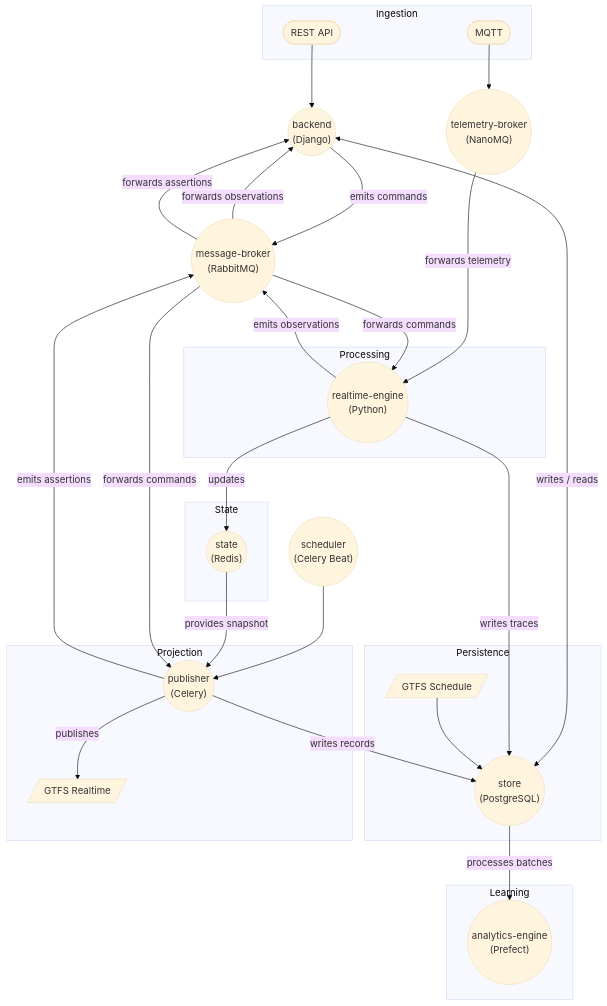
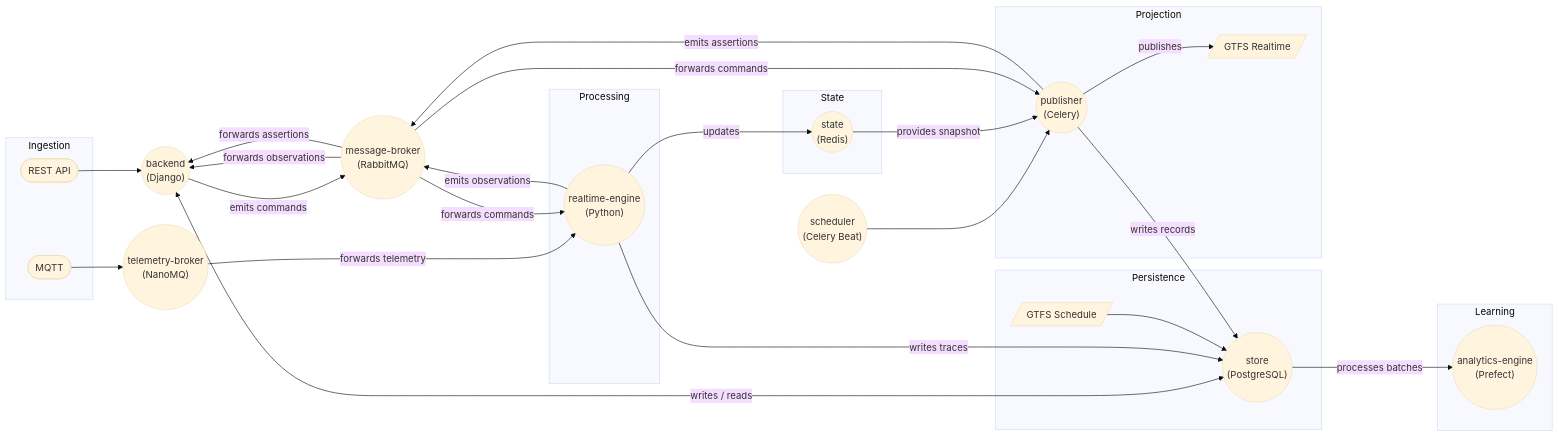
Before and after one commit to simovilab/databus: the first of 2 diagrams in ARCHITECTURE.md, drawn with Mermaid (base theme).

Commit message:
fix: update architecture diagram flow direction from TD to LR

````diff
--- a/ARCHITECTURE.md
+++ b/ARCHITECTURE.md
@@ -33,49 +33,48 @@
 ```mermaid
-flowchart TD
+flowchart LR
     subgraph Ingestion
         api([REST API])
         mqtt([MQTT])
     end
     telemetry-broker(("telemetry-broker<br/>(NanoMQ)"))
     backend(("backend<br/>(Django)"))
     subgraph Processing
         realtime-engine(("realtime-engine<br/>(Python)"))
     end
     message-broker(("message-broker<br/>(RabbitMQ)"))
     subgraph State
         state(("state<br/>(Redis)"))
     end
     subgraph Persistence
         store(("store<br/>(PostgreSQL)"))
         gtfs-s[/GTFS Schedule/]
     end
     scheduler(("scheduler<br/>(Celery Beat)"))
     subgraph Projection
         publisher(("publisher<br/>(Celery)"))
         gtfs-rt[/GTFS Realtime/]
     end
     subgraph Learning
         analytics-engine(("analytics-engine<br/>(Prefect)"))
     end
 
     api --> backend
     mqtt --> telemetry-broker
     backend <--"writes / reads"--> store
     telemetry-broker --"forwards telemetry"--> realtime-engine
     backend --"emits commands"--> message-broker
     realtime-engine --"emits observations"--> message-broker
     realtime-engine --"writes traces"--> store
     realtime-engine --"updates"--> state
     scheduler --> publisher
     state --"provides snapshot"--> publisher
     publisher --"publishes"--> gtfs-rt
     publisher --"writes records"--> store
     publisher --"emits assertions"--> message-broker
     message-broker --"forwards commands"--> realtime-engine
     message-broker --"forwards observations"--> backend
     message-broker --"forwards assertions"--> backend
     message-broker --"forwards commands"--> publisher
     gtfs-s -->  store
     store --"processes batches"--> analytics-engine
-
 ```
````
